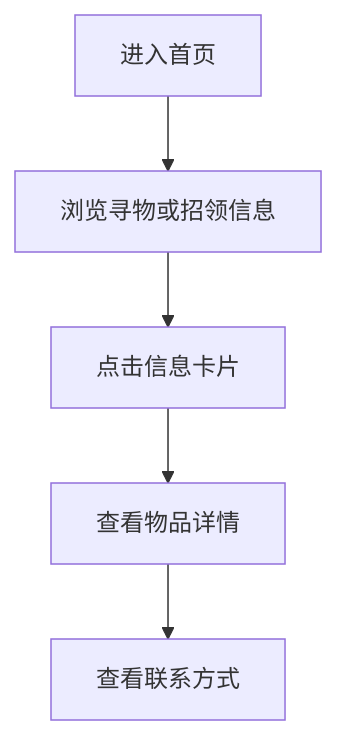
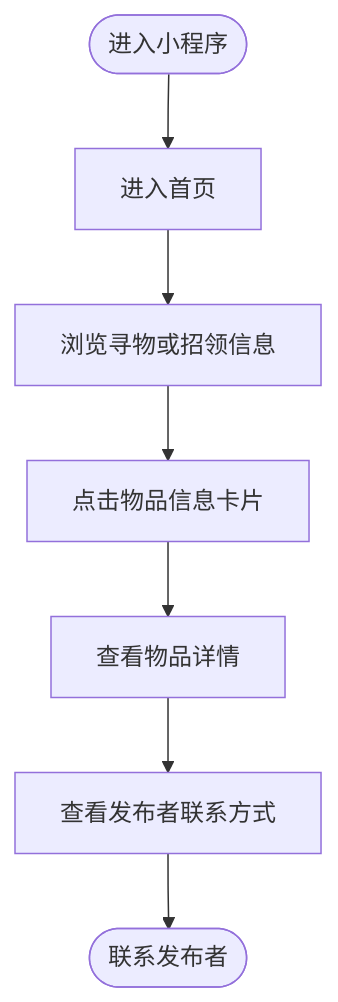
The first of 4 diagrams in docs/flow.md (tw1l1ghtcc/campus-lost-found), drawn with Mermaid before and after one commit. The commit also changed other lines of this file and 2 other files, not shown here.

Commit message:
更改流程图文本文件

````diff
--- a/docs/flow.md
+++ b/docs/flow.md
@@ -5,7 +5,9 @@
 ```mermaid
 flowchart TD
-    A[进入首页] --> B[浏览寻物或招领信息]
-    B --> C[点击信息卡片]
-    C --> D[查看物品详情]
-    D --> E[查看联系方式]
+    A([进入小程序]) --> B[进入首页]
+    B --> C[浏览寻物或招领信息]
+    C --> D[点击物品信息卡片]
+    D --> E[查看物品详情]
+    E --> F[查看发布者联系方式]
+    F --> G([联系发布者])
 ```
````
